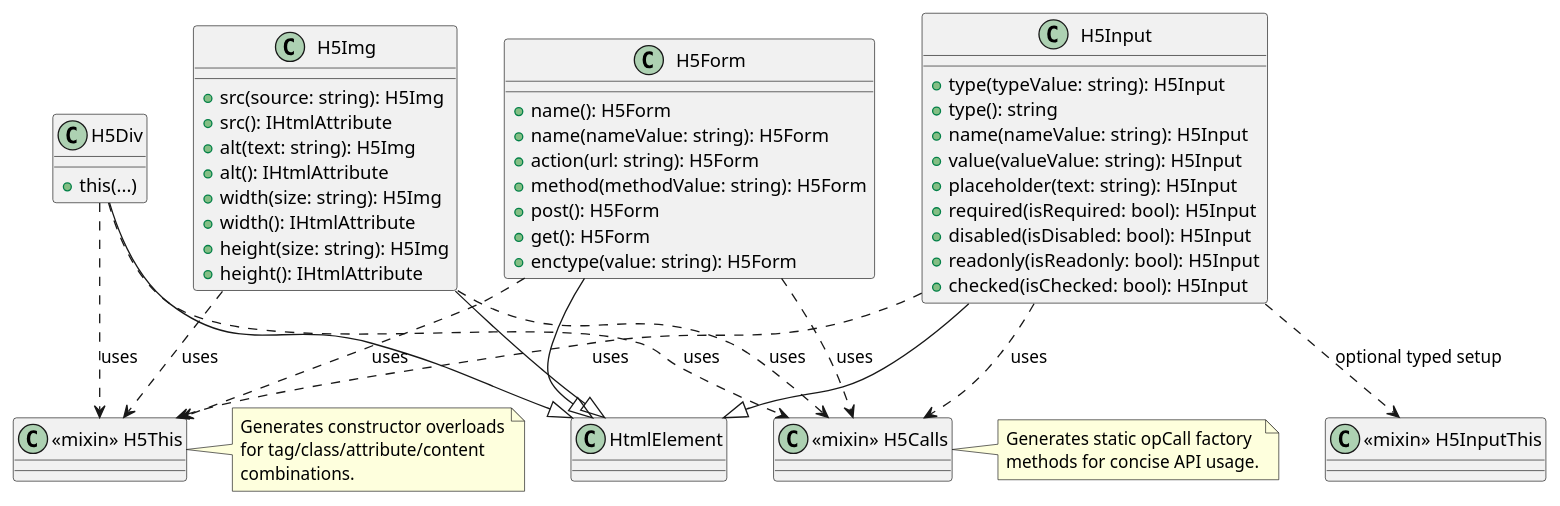
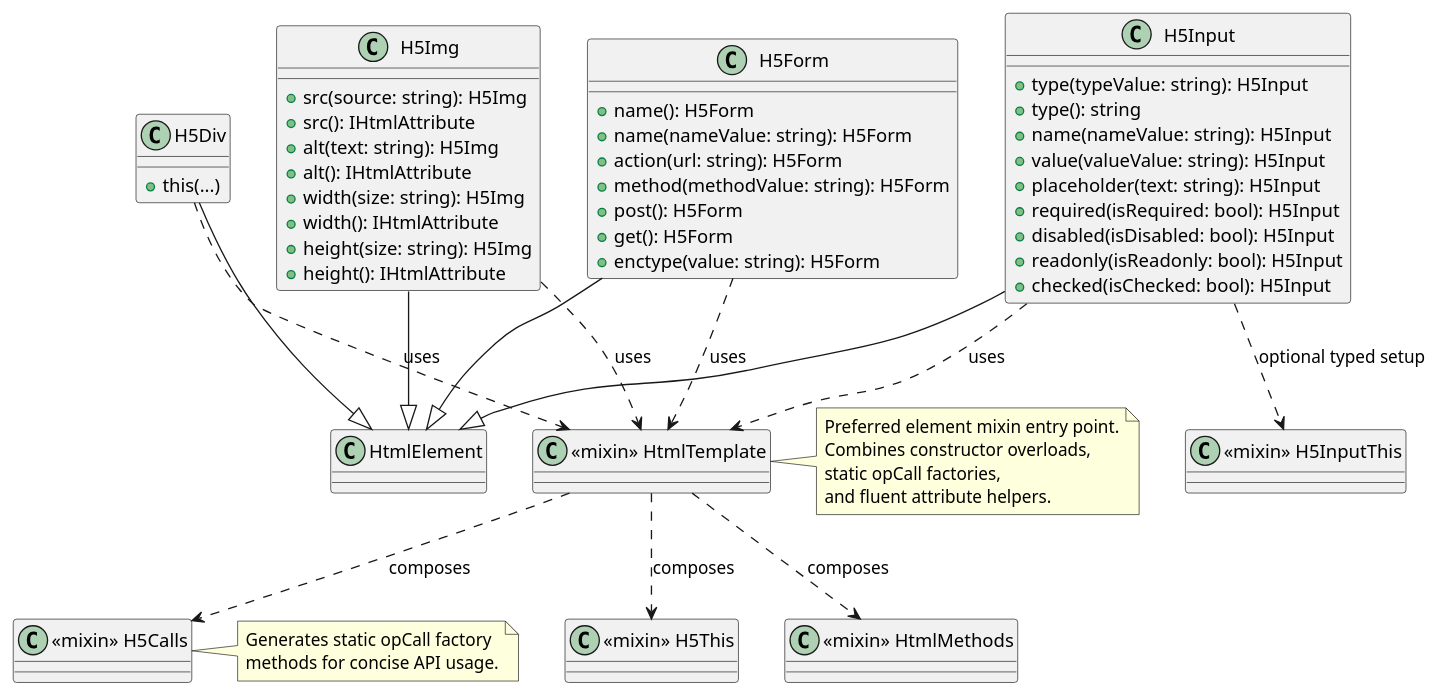
One commit to UIMSolutions/uim-framework changed the third of 5 diagrams in html/UML.md. Above: the diagram before and after it, drawn with PlantUML. The commit also changed other lines of this file and 7 other files, not shown here.

Commit message:
refactor(elements): implement HtmlTemplate mixin for various elements and update documentation

````diff
--- a/html/UML.md
+++ b/html/UML.md
@@ -156,74 +156,76 @@
 ```plantuml
 @startuml HTML_Element_Specialization
 
 class HtmlElement
 
 class H5Div {
   + this(...)
 }
 
 class H5Img {
   + src(source: string): H5Img
   + src(): IHtmlAttribute
   + alt(text: string): H5Img
   + alt(): IHtmlAttribute
   + width(size: string): H5Img
   + width(): IHtmlAttribute
   + height(size: string): H5Img
   + height(): IHtmlAttribute
 }
 
 class H5Form {
   + name(): H5Form
   + name(nameValue: string): H5Form
   + action(url: string): H5Form
   + method(methodValue: string): H5Form
   + post(): H5Form
   + get(): H5Form
   + enctype(value: string): H5Form
 }
 
 class H5Input {
   + type(typeValue: string): H5Input
   + type(): string
   + name(nameValue: string): H5Input
   + value(valueValue: string): H5Input
   + placeholder(text: string): H5Input
   + required(isRequired: bool): H5Input
   + disabled(isDisabled: bool): H5Input
   + readonly(isReadonly: bool): H5Input
   + checked(isChecked: bool): H5Input
 }
 
 class "<<mixin>> H5This" as H5This
 class "<<mixin>> H5Calls" as H5Calls
+class "<<mixin>> HtmlTemplate" as HtmlTemplate
+class "<<mixin>> HtmlMethods" as HtmlMethods
 class "<<mixin>> H5InputThis" as H5InputThis
 
 H5Div --|> HtmlElement
 H5Img --|> HtmlElement
 H5Form --|> HtmlElement
 H5Input --|> HtmlElement
 
-H5Div ..> H5This : uses
-H5Div ..> H5Calls : uses
-H5Img ..> H5This : uses
-H5Img ..> H5Calls : uses
-H5Form ..> H5This : uses
-H5Form ..> H5Calls : uses
-H5Input ..> H5This : uses
-H5Input ..> H5Calls : uses
+H5Div ..> HtmlTemplate : uses
+H5Img ..> HtmlTemplate : uses
+H5Form ..> HtmlTemplate : uses
+H5Input ..> HtmlTemplate : uses
+HtmlTemplate ..> H5This : composes
+HtmlTemplate ..> H5Calls : composes
+HtmlTemplate ..> HtmlMethods : composes
 H5Input ..> H5InputThis : optional typed setup
 
-note right of H5This
-Generates constructor overloads
-for tag/class/attribute/content
-combinations.
+note right of HtmlTemplate
+Preferred element mixin entry point.
+Combines constructor overloads,
+static opCall factories,
+and fluent attribute helpers.
 end note
 
 note right of H5Calls
 Generates static opCall factory
 methods for concise API usage.
 end note
 
 @enduml
 ```
````
